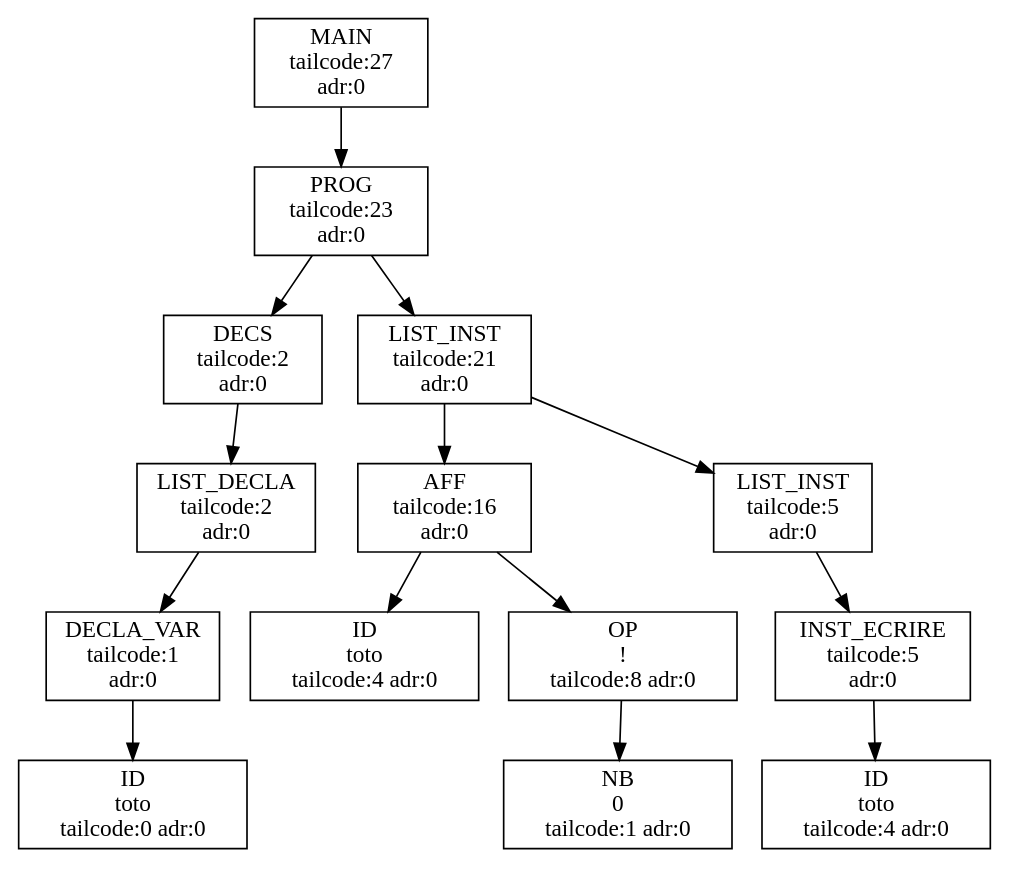
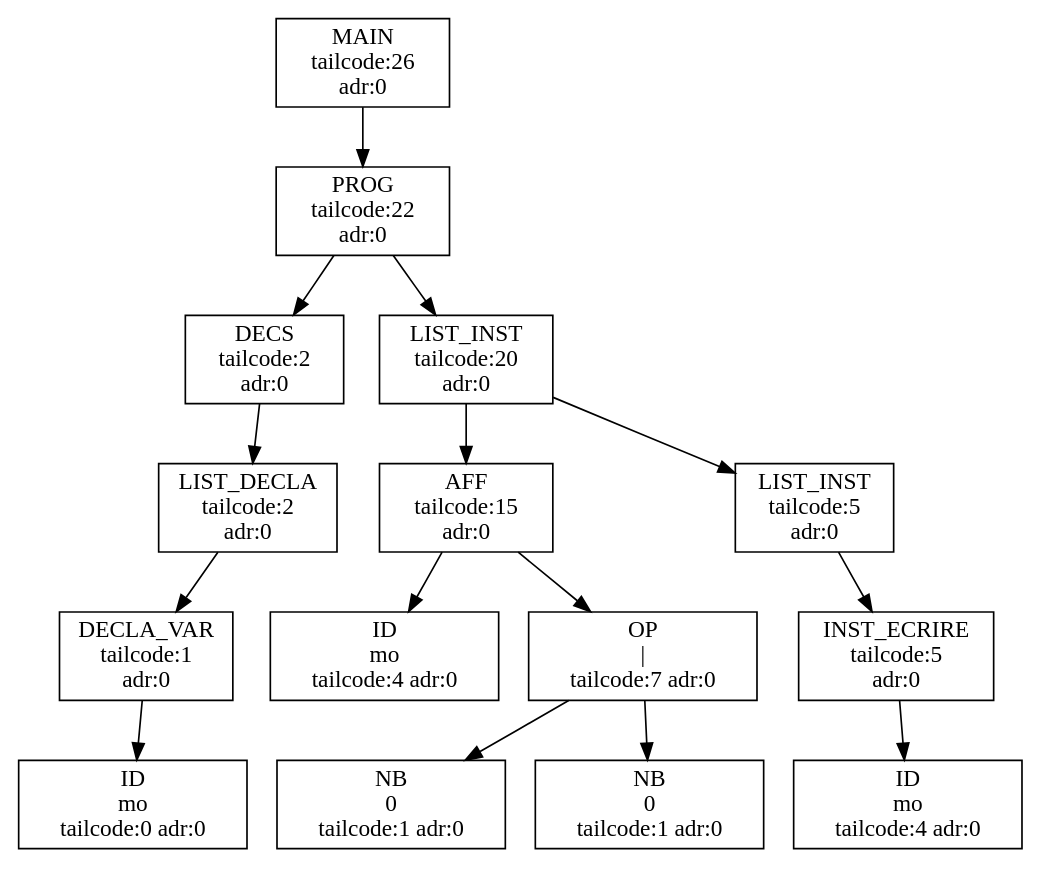
The diagram in out/output.dot (aswailem195/Projet-ARC--Algo-RAM-Compiler--20231213), drawn with Graphviz before and after one commit. The commit also changed 8 other files, not shown here.

```diff
--- a/out/output.dot
+++ b/out/output.dot
@@ -1,52 +1,55 @@
 digraph ASA {
-node0x56100f620a30 [label="MAIN
- tailcode:27 
+node0x55ae027a9a70 [label="MAIN
+ tailcode:26 
  adr:0 \n", shape=box];
-node0x56100f620a30 -> node0x56100f6209f0;
-node0x56100f6209f0 [label="PROG
- tailcode:23 
+node0x55ae027a9a70 -> node0x55ae027a9a30;
+node0x55ae027a9a30 [label="PROG
+ tailcode:22 
  adr:0 \n", shape=box];
-node0x56100f6209f0 -> node0x56100f6207b0;
-node0x56100f6207b0 [label="DECS
+node0x55ae027a9a30 -> node0x55ae027a97b0;
+node0x55ae027a97b0 [label="DECS
  tailcode:2 
  adr:0 \n", shape=box];
-node0x56100f6207b0 -> node0x56100f620770;
-node0x56100f620770 [label="LIST_DECLA
+node0x55ae027a97b0 -> node0x55ae027a9770;
+node0x55ae027a9770 [label="LIST_DECLA
  tailcode:2 
  adr:0 \n", shape=box];
-node0x56100f620770 -> node0x56100f6206f0;
-node0x56100f6206f0 [label="DECLA_VAR
+node0x55ae027a9770 -> node0x55ae027a96f0;
+node0x55ae027a96f0 [label="DECLA_VAR
  tailcode:1 
  adr:0 \n", shape=box];
-node0x56100f6206f0 -> node0x56100f620730;
-node0x56100f620730 [label="ID\ntoto
+node0x55ae027a96f0 -> node0x55ae027a9730;
+node0x55ae027a9730 [label="ID\nmo
  tailcode:0 adr:0 \n", shape=box];
-node0x56100f6209f0 -> node0x56100f6209b0;
-node0x56100f6209b0 [label="LIST_INST
- tailcode:21 
+node0x55ae027a9a30 -> node0x55ae027a99f0;
+node0x55ae027a99f0 [label="LIST_INST
+ tailcode:20 
  adr:0 \n", shape=box];
-node0x56100f6209b0 -> node0x56100f620870;
-node0x56100f620870 [label="AFF
- tailcode:16 
+node0x55ae027a99f0 -> node0x55ae027a98b0;
+node0x55ae027a98b0 [label="AFF
+ tailcode:15 
  adr:0 \n", shape=box];
-node0x56100f620870 -> node0x56100f6208b0;
-node0x56100f6208b0 [label="ID\ntoto
+node0x55ae027a98b0 -> node0x55ae027a98f0;
+node0x55ae027a98f0 [label="ID\nmo
  tailcode:4 adr:0 \n", shape=box];
-node0x56100f620870 -> node0x56100f620830;
-node0x56100f620830 [label="OP\n! 
- tailcode:8 adr:0 \n", shape=box];
-node0x56100f620830 -> node0x56100f6207f0;
-node0x56100f6207f0 [label="NB\n0 
+node0x55ae027a98b0 -> node0x55ae027a9870;
+node0x55ae027a9870 [label="OP\n| 
+ tailcode:7 adr:0 \n", shape=box];
+node0x55ae027a9870 -> node0x55ae027a97f0;
+node0x55ae027a97f0 [label="NB\n0 
  tailcode:1 adr:0 \n", shape=box];
-node0x56100f6209b0 -> node0x56100f620970;
-node0x56100f620970 [label="LIST_INST
+node0x55ae027a9870 -> node0x55ae027a9830;
+node0x55ae027a9830 [label="NB\n0 
+ tailcode:1 adr:0 \n", shape=box];
+node0x55ae027a99f0 -> node0x55ae027a99b0;
+node0x55ae027a99b0 [label="LIST_INST
  tailcode:5 
  adr:0 \n", shape=box];
-node0x56100f620970 -> node0x56100f620930;
-node0x56100f620930 [label="INST_ECRIRE
+node0x55ae027a99b0 -> node0x55ae027a9970;
+node0x55ae027a9970 [label="INST_ECRIRE
  tailcode:5 
  adr:0 \n", shape=box];
-node0x56100f620930 -> node0x56100f6208f0;
-node0x56100f6208f0 [label="ID\ntoto
+node0x55ae027a9970 -> node0x55ae027a9930;
+node0x55ae027a9930 [label="ID\nmo
  tailcode:4 adr:0 \n", shape=box];
 }
```
